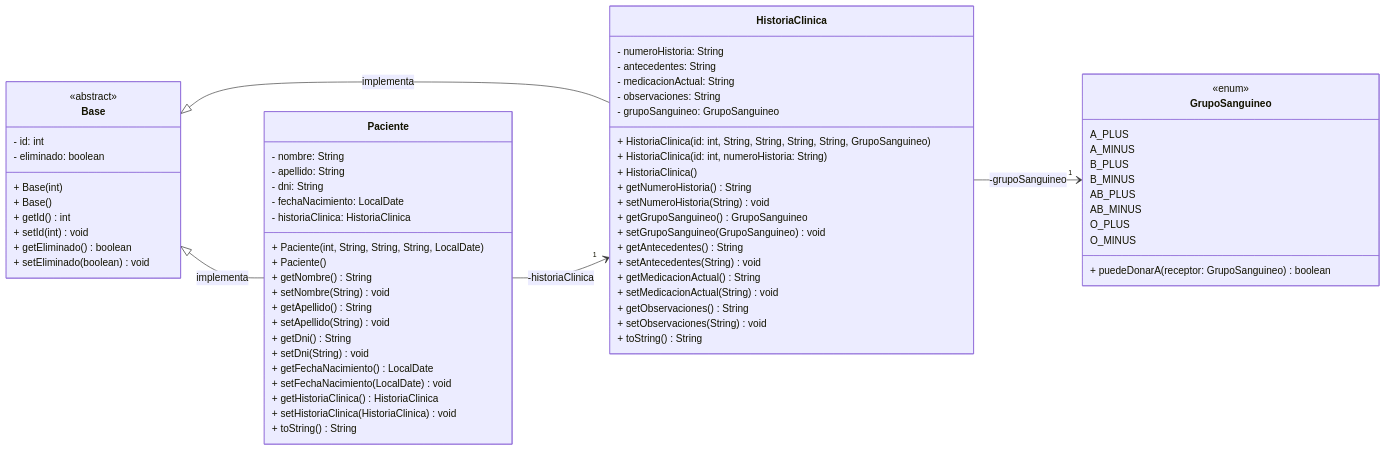
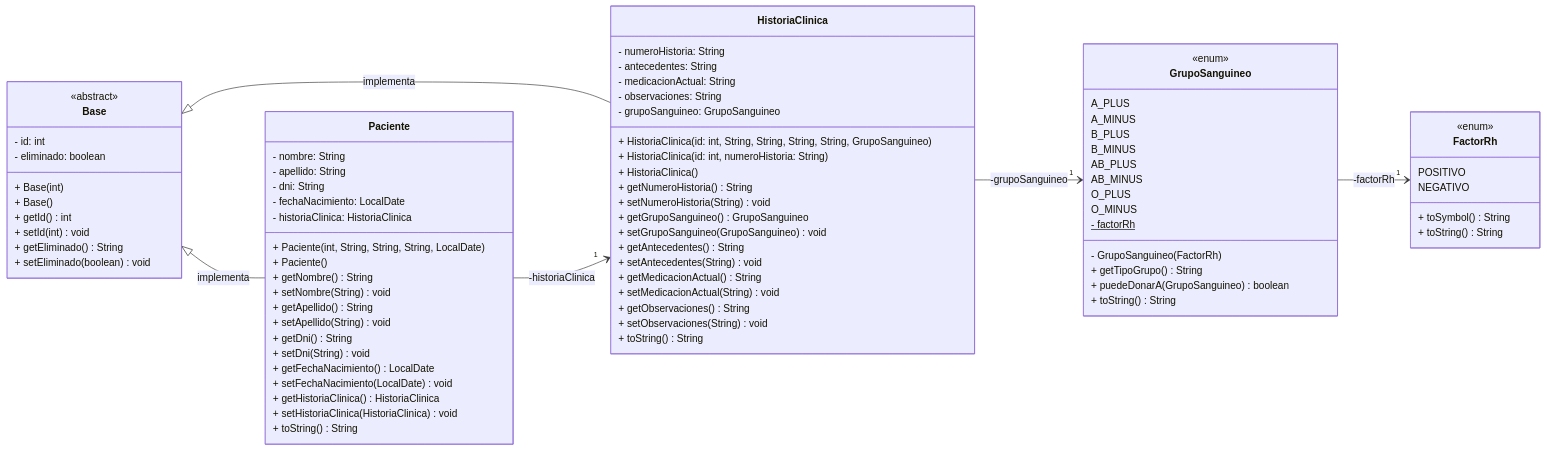
The first of 2 diagrams in README.md (Gerolupo12/paciente-historia-cliente), drawn with Mermaid before and after one commit. The commit also changed other lines of this file and 13 other files, not shown here.

````diff
--- a/README.md
+++ b/README.md
@@ -63,7 +63,7 @@
                 + Base()
                 + getId() int
                 + setId(int) void
-                + getEliminado() boolean
+                + getEliminado() String
                 + setEliminado(boolean) void
             }
 
@@ -119,14 +119,27 @@
                 AB_MINUS
                 O_PLUS
                 O_MINUS
-                + puedeDonarA(receptor: GrupoSanguineo) boolean
+                - factorRh$
+                - GrupoSanguineo(FactorRh)
+                + getTipoGrupo() String
+                + puedeDonarA(GrupoSanguineo) boolean
+                + toString() String
+            }
+
+            class FactorRh {
+                POSITIVO
+                NEGATIVO
+                + toSymbol() String
+                + toString() String
             }
 
             <<abstract>> Base
             <<enum>> GrupoSanguineo
+            <<enum>> FactorRh
 
             Base <|-- Paciente : implementa
             Base <|-- HistoriaClinica : implementa
             Paciente --> "1" HistoriaClinica : -historiaClinica
             HistoriaClinica --> "1" GrupoSanguineo : -grupoSanguineo
+            GrupoSanguineo --> "1" FactorRh : -factorRh
 ```
````
